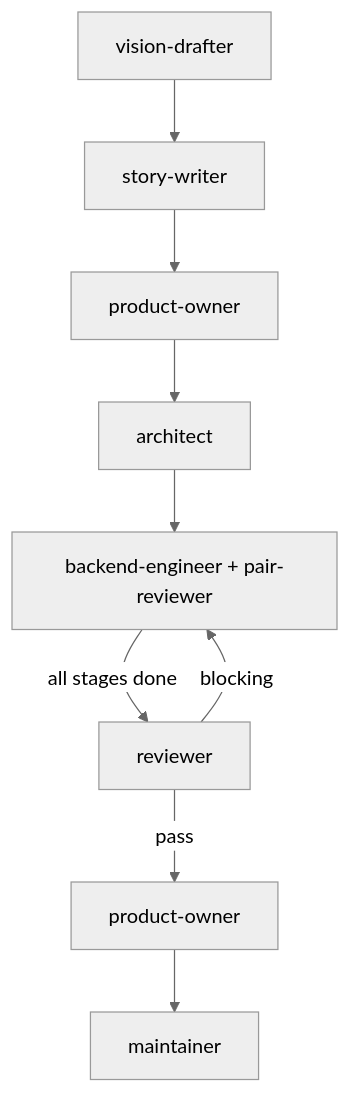
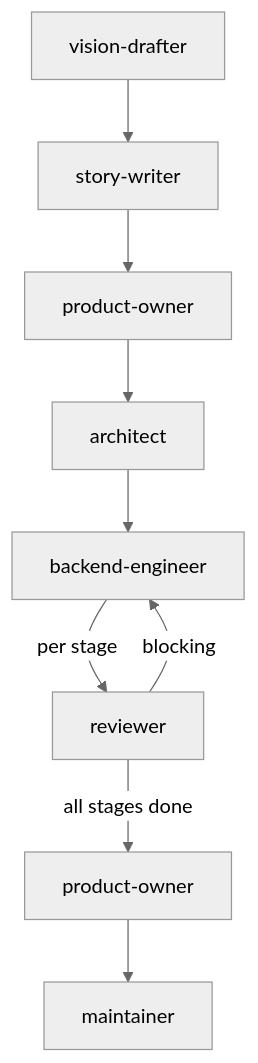
The diagram in .agents/skills/workflow/variants/backend.md (thiscantbeserious/ragts-learning-platform), drawn with Mermaid (neutral theme) before and after one commit. The commit also changed other lines of this file and 20 other files, not shown here.

First line of the commit message:
chore(agents): remove implementer + pair-reviewer, rename frontend-designer to designer

````diff
--- a/.agents/skills/workflow/variants/backend.md
+++ b/.agents/skills/workflow/variants/backend.md
@@ -5,11 +5,11 @@
 ```mermaid
 graph TD
     VD[vision-drafter] --> SW[story-writer]
     SW --> PO1[product-owner]
     PO1 --> Arch[architect]
-    Arch --> BE[backend-engineer + pair-reviewer]
-    BE -->|all stages done| Rev[reviewer]
-    Rev -->|pass| PO2[product-owner]
+    Arch --> BE[backend-engineer]
+    BE -->|per stage| Rev[reviewer]
     Rev -->|blocking| BE
+    Rev -->|all stages done| PO2[product-owner]
     PO2 --> M[maintainer]
 ```
````
